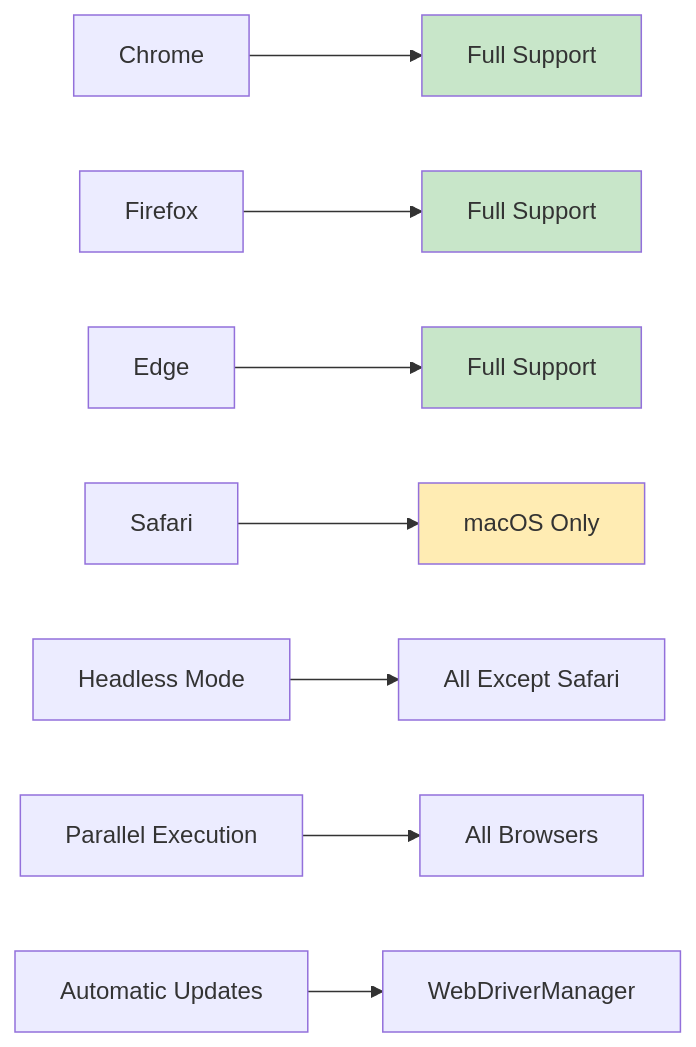
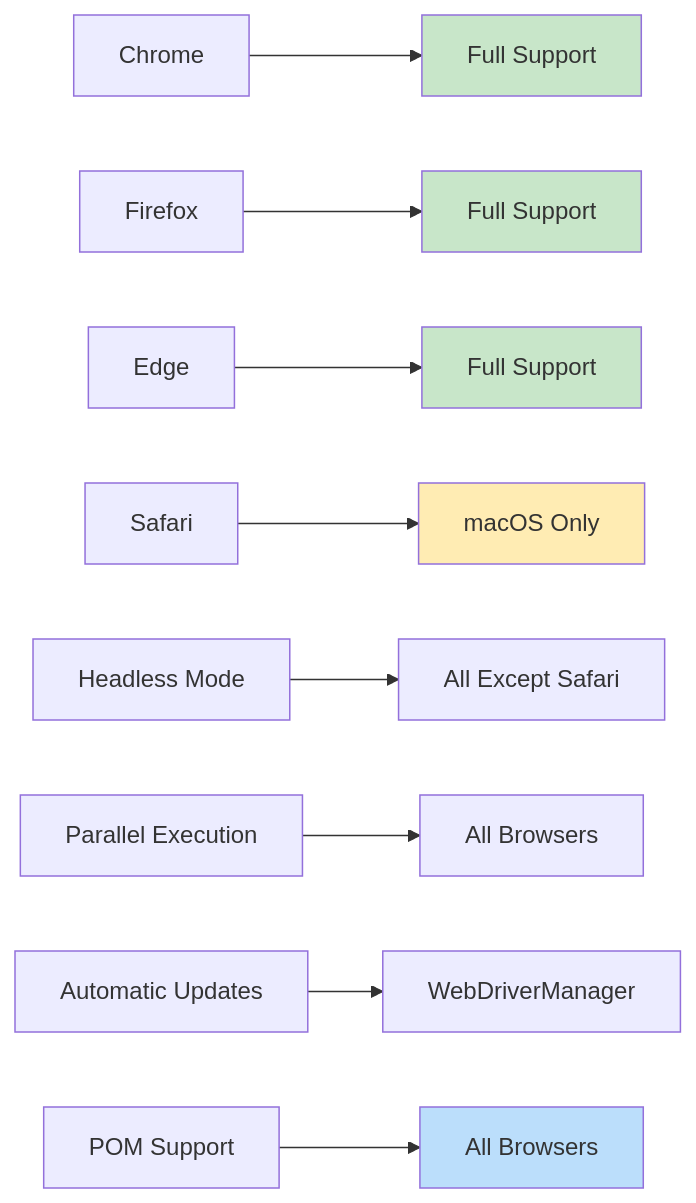
Before and after one commit to Anuj-Patiyal/hybrid-framework: the fifth of 12 diagrams in README.md, drawn with Mermaid. The commit also changed other lines of this file and 8 other files, not shown here.

````diff
--- a/README.md
+++ b/README.md
@@ -149,16 +175,18 @@
 ```mermaid
 graph LR
     A[Chrome] --> A1[Full Support]
     B[Firefox] --> B1[Full Support]
     C[Edge] --> C1[Full Support]
     D[Safari] --> D1[macOS Only]
     
     E[Headless Mode] --> E1[All Except Safari]
     F[Parallel Execution] --> F1[All Browsers]
     G[Automatic Updates] --> G1[WebDriverManager]
+    H[POM Support] --> H1[All Browsers]
     
     style A1 fill:#c8e6c9
     style B1 fill:#c8e6c9
     style C1 fill:#c8e6c9
     style D1 fill:#ffecb3
+    style H1 fill:#bbdefb
 ```
````
